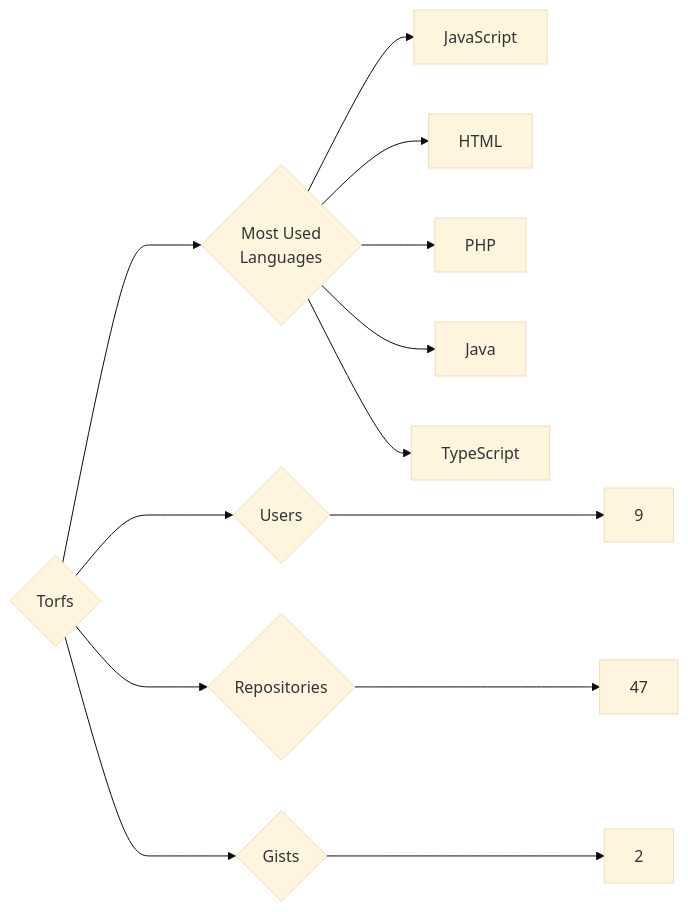
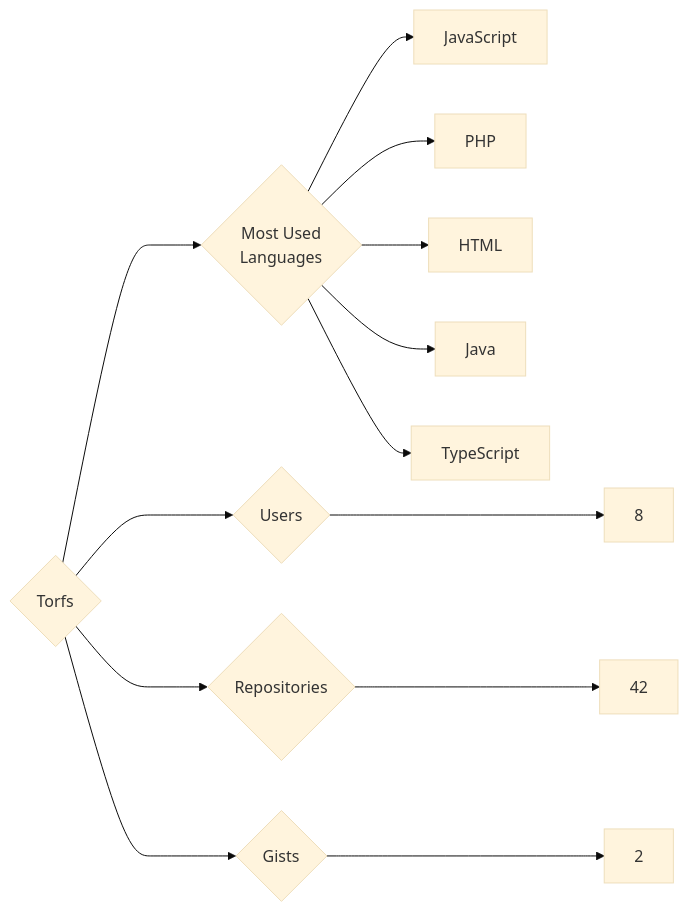
One commit to trickest/insiders changed the diagram in targets/Torfs/README.md. Above: the diagram before and after it, drawn with Mermaid (base theme). The commit also changed 939 other files, not shown here.

````diff
--- a/targets/Torfs/README.md
+++ b/targets/Torfs/README.md
@@ -3,13 +3,13 @@
 ```mermaid
 graph LR
 COMPANY_NAME{Torfs}
-COMPANY_NAME ---> U{Users} ---> UN[9]
-COMPANY_NAME ---> R{Repositories} ---> RN[47]
+COMPANY_NAME ---> U{Users} ---> UN[8]
+COMPANY_NAME ---> R{Repositories} ---> RN[42]
 COMPANY_NAME ---> G{Gists} ---> GN[2]
 COMPANY_NAME ---> ML{Most Used<br>Languages}
 ML --> JavaScript[JavaScript]
+ML --> PHP[PHP]
 ML --> HTML[HTML]
-ML --> PHP[PHP]
 ML --> Java[Java]
 ML --> TypeScript[TypeScript]
 ```
````
